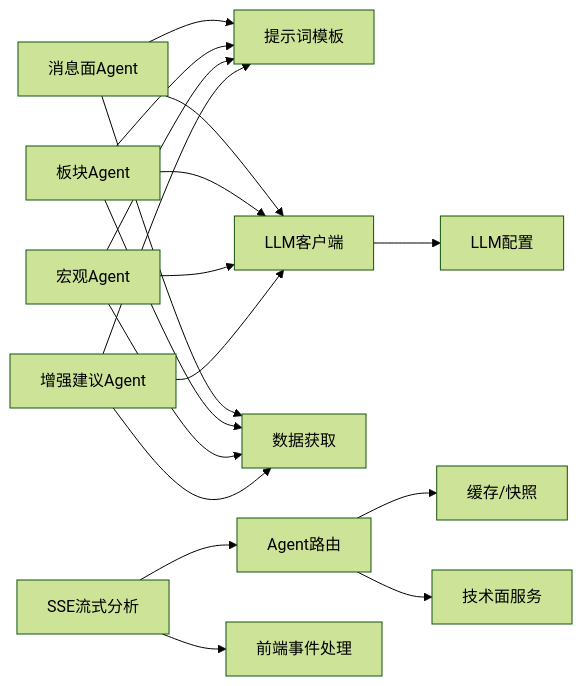
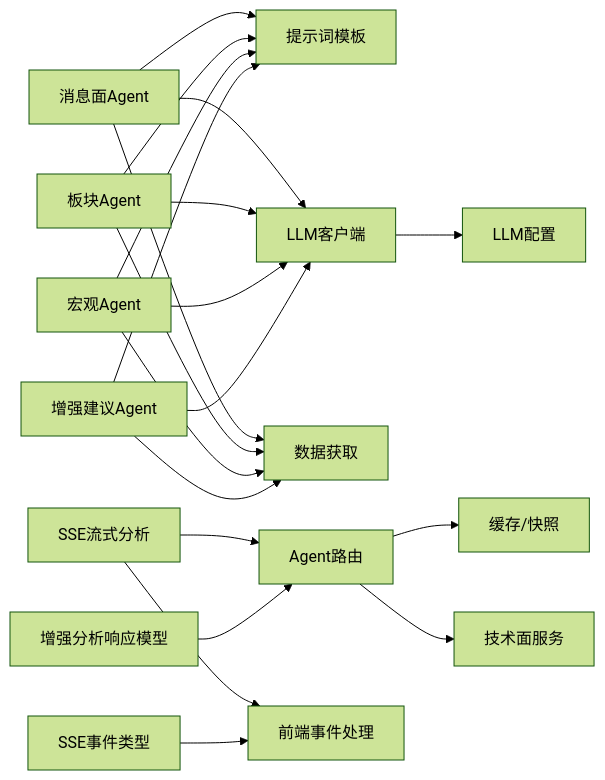
One commit to Moruime/stock_foker changed the ninth of 9 diagrams in .qoder/repowiki/zh/content/架构设计/后端架构设计/AI提示词优化.md. Above: the diagram before and after it, drawn with Mermaid (forest theme). The commit also changed other lines of this file and 5 other files, not shown here.

````diff
--- a/.qoder/repowiki/zh/content/架构设计/后端架构设计/AI提示词优化.md
+++ b/.qoder/repowiki/zh/content/架构设计/后端架构设计/AI提示词优化.md
@@ -469,20 +481,22 @@
 ```mermaid
 graph LR
 Sentiment["消息面Agent"] --> Prompts["提示词模板"]
 Sector["板块Agent"] --> Prompts
 Macro["宏观Agent"] --> Prompts
 Enhanced["增强建议Agent"] --> Prompts
 Sentiment --> Client["LLM客户端"]
 Sector --> Client
 Macro --> Client
 Enhanced --> Client
 Client --> Config["LLM配置"]
 Sentiment --> Data["数据获取"]
 Sector --> Data
 Macro --> Data
 Enhanced --> Data
 Router["Agent路由"] --> Cache["缓存/快照"]
 Router --> Tech["技术面服务"]
 SSE["SSE流式分析"] --> Router
 SSE --> FE["前端事件处理"]
+FE_TYPES["SSE事件类型"] --> FE
+BE_SCHEMAS["增强分析响应模型"] --> Router
 ```
````
